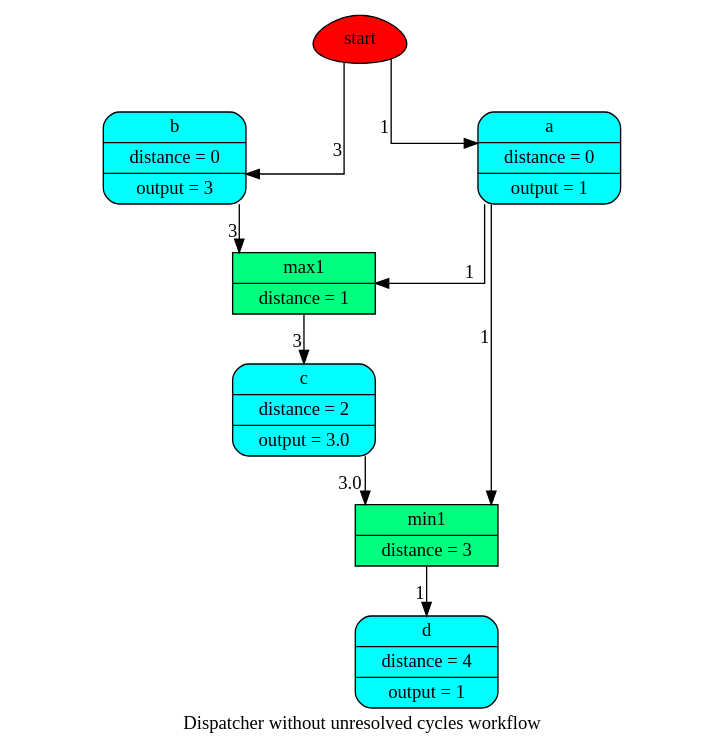
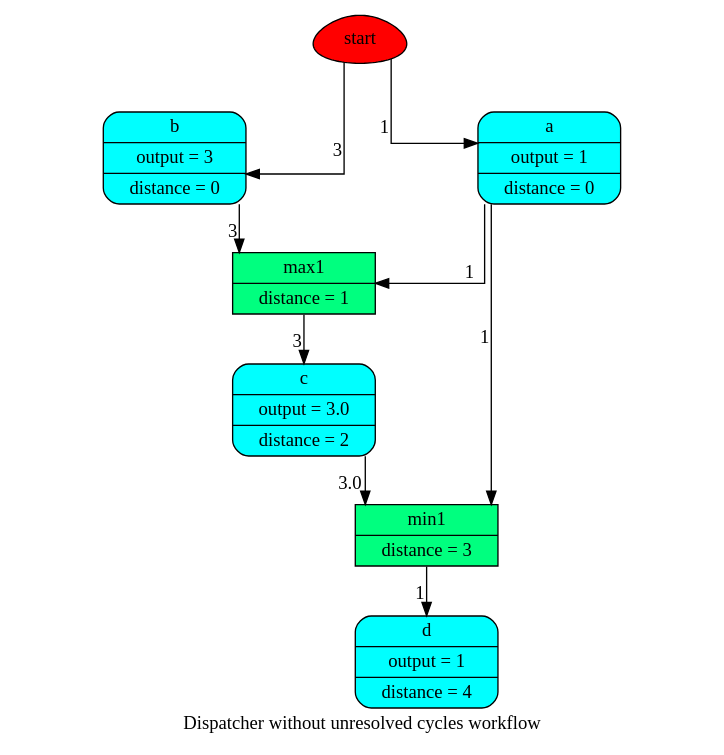
Before and after one commit to vinci1it2000/schedula: the diagram in doc/source/dispatcher/__init__/remove_cycles/wf_rm_cycles.dot, drawn with Graphviz. The commit also changed 127 other files, not shown here.

```diff
--- a/doc/source/dispatcher/__init__/remove_cycles/wf_rm_cycles.dot
+++ b/doc/source/dispatcher/__init__/remove_cycles/wf_rm_cycles.dot
@@ -1,21 +1,21 @@
 digraph "Dispatcher without unresolved cycles" {
 	graph [ratio=1]
 	node [style=filled]
+	splines = ortho
 	label = "Dispatcher without unresolved cycles workflow"
-	splines = ortho
-		"Dispatcher without unresolved cycles_4373721400" [label=start fillcolor=red shape=egg]
-		"Dispatcher without unresolved cycles_4028652557604299651" [label="{ d | distance = 4 | output = 1 }" fillcolor=cyan shape=Mrecord]
-		"Dispatcher without unresolved cycles_7551781298704745221" [label="{ max1 | distance = 1 }" fillcolor=springgreen shape=record]
-		"Dispatcher without unresolved cycles_-1739731674132073175" [label="{ c | distance = 2 | output = 3.0 }" fillcolor=cyan shape=Mrecord]
-		"Dispatcher without unresolved cycles_-8503278920192876870" [label="{ a | distance = 0 | output = 1 }" fillcolor=cyan shape=Mrecord]
-		"Dispatcher without unresolved cycles_-3117625956851900853" [label="{ b | distance = 0 | output = 3 }" fillcolor=cyan shape=Mrecord]
-		"Dispatcher without unresolved cycles_-1514320842235185810" [label="{ min1 | distance = 3 }" fillcolor=springgreen shape=record]
-			"Dispatcher without unresolved cycles_7551781298704745221" -> "Dispatcher without unresolved cycles_-1739731674132073175" [xlabel=3]
-			"Dispatcher without unresolved cycles_4373721400" -> "Dispatcher without unresolved cycles_-8503278920192876870" [xlabel=1]
-			"Dispatcher without unresolved cycles_4373721400" -> "Dispatcher without unresolved cycles_-3117625956851900853" [xlabel=3]
-			"Dispatcher without unresolved cycles_-1739731674132073175" -> "Dispatcher without unresolved cycles_-1514320842235185810" [xlabel=3.0]
-			"Dispatcher without unresolved cycles_-8503278920192876870" -> "Dispatcher without unresolved cycles_7551781298704745221" [xlabel=1]
-			"Dispatcher without unresolved cycles_-8503278920192876870" -> "Dispatcher without unresolved cycles_-1514320842235185810" [xlabel=1]
-			"Dispatcher without unresolved cycles_-3117625956851900853" -> "Dispatcher without unresolved cycles_7551781298704745221" [xlabel=3]
-			"Dispatcher without unresolved cycles_-1514320842235185810" -> "Dispatcher without unresolved cycles_4028652557604299651" [xlabel=1]
+		"Dispatcher without unresolved cycles_4371534136" [label=start fillcolor=red shape=egg]
+		"Dispatcher without unresolved cycles_1674253456152474721" [label="{ a | output = 1 | distance = 0 }" fillcolor=cyan shape=Mrecord]
+		"Dispatcher without unresolved cycles_-6575553139397358114" [label="{ d | output = 1 | distance = 4 }" fillcolor=cyan shape=Mrecord]
+		"Dispatcher without unresolved cycles_4736239098108350630" [label="{ c | output = 3.0 | distance = 2 }" fillcolor=cyan shape=Mrecord]
+		"Dispatcher without unresolved cycles_-6274141345031817014" [label="{ b | output = 3 | distance = 0 }" fillcolor=cyan shape=Mrecord]
+		"Dispatcher without unresolved cycles_-6854489305299623268" [label="{ max1 | distance = 1 }" fillcolor=springgreen shape=record]
+		"Dispatcher without unresolved cycles_-8013733017311490946" [label="{ min1 | distance = 3 }" fillcolor=springgreen shape=record]
+			"Dispatcher without unresolved cycles_1674253456152474721" -> "Dispatcher without unresolved cycles_-6854489305299623268" [xlabel=1]
+			"Dispatcher without unresolved cycles_1674253456152474721" -> "Dispatcher without unresolved cycles_-8013733017311490946" [xlabel=1]
+			"Dispatcher without unresolved cycles_4736239098108350630" -> "Dispatcher without unresolved cycles_-8013733017311490946" [xlabel=3.0]
+			"Dispatcher without unresolved cycles_4371534136" -> "Dispatcher without unresolved cycles_1674253456152474721" [xlabel=1]
+			"Dispatcher without unresolved cycles_4371534136" -> "Dispatcher without unresolved cycles_-6274141345031817014" [xlabel=3]
+			"Dispatcher without unresolved cycles_-6274141345031817014" -> "Dispatcher without unresolved cycles_-6854489305299623268" [xlabel=3]
+			"Dispatcher without unresolved cycles_-6854489305299623268" -> "Dispatcher without unresolved cycles_4736239098108350630" [xlabel=3]
+			"Dispatcher without unresolved cycles_-8013733017311490946" -> "Dispatcher without unresolved cycles_-6575553139397358114" [xlabel=1]
 }
```
